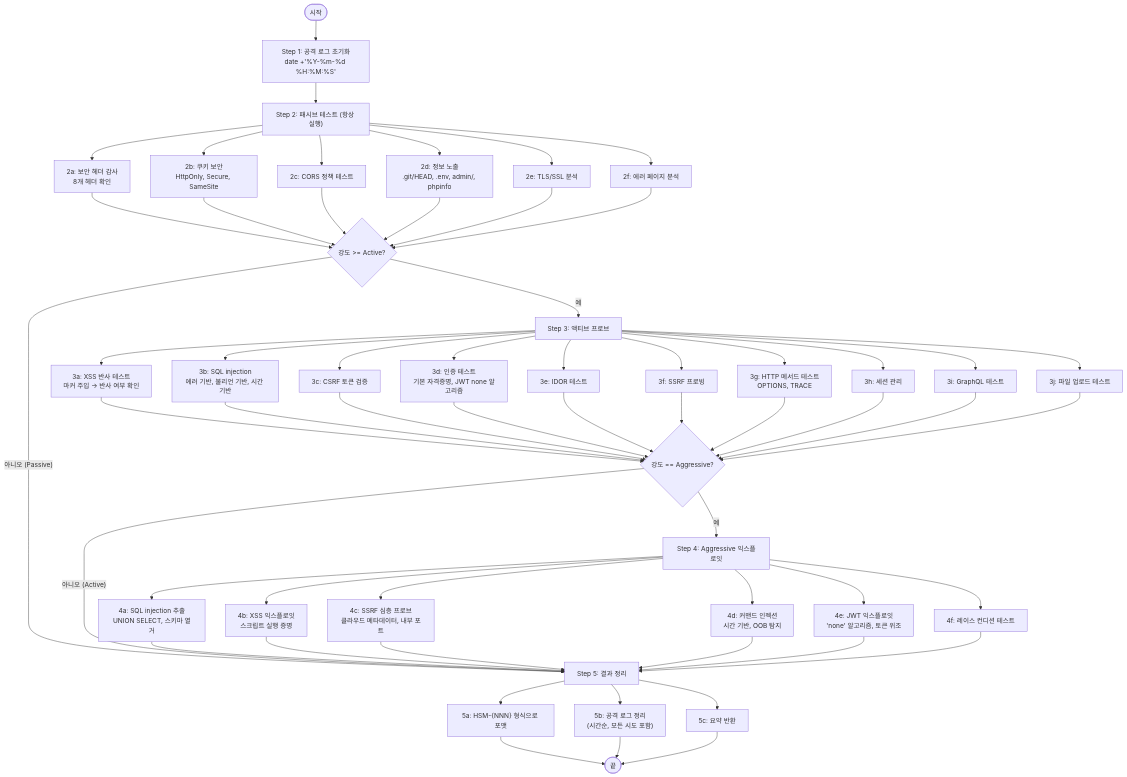
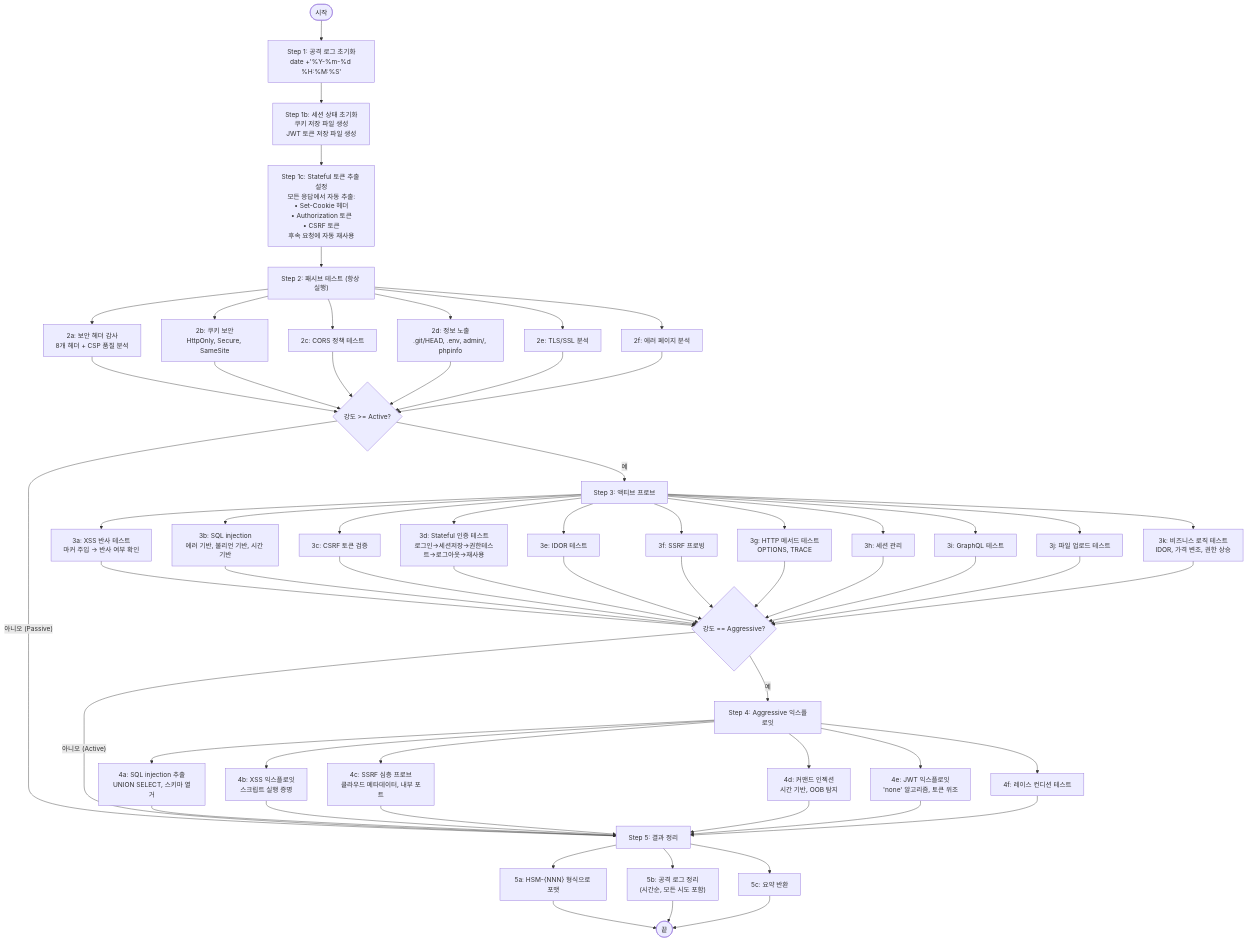
Before and after one commit to letsur-dev/vulcheck: the seventh of 8 diagrams in design/hacksimulator.md, drawn with Mermaid. The commit also changed other lines of this file and 14 other files, not shown here.

````diff
--- a/design/hacksimulator.md
+++ b/design/hacksimulator.md
@@ -256,70 +292,74 @@
 ```mermaid
 flowchart TD
     Start([시작]) --> InitLog["Step 1: 공격 로그 초기화<br>date +'%Y-%m-%d %H:%M:%S'"]
 
-    InitLog --> PassiveTests["Step 2: 패시브 테스트 (항상 실행)"]
+    InitLog --> SessionInit["Step 1b: 세션 상태 초기화<br>쿠키 저장 파일 생성<br>JWT 토큰 저장 파일 생성"]
+    SessionInit --> TokenExtract["Step 1c: Stateful 토큰 추출 설정<br>모든 응답에서 자동 추출:<br>• Set-Cookie 헤더<br>• Authorization 토큰<br>• CSRF 토큰<br>후속 요청에 자동 재사용"]
+    TokenExtract --> PassiveTests["Step 2: 패시브 테스트 (항상 실행)"]
 
-    PassiveTests --> PT1["2a: 보안 헤더 감사<br>8개 헤더 확인"]
+    PassiveTests --> PT1["2a: 보안 헤더 감사<br>8개 헤더 + CSP 품질 분석"]
     PassiveTests --> PT2["2b: 쿠키 보안<br>HttpOnly, Secure, SameSite"]
     PassiveTests --> PT3["2c: CORS 정책 테스트"]
     PassiveTests --> PT4["2d: 정보 노출<br>.git/HEAD, .env, admin/, phpinfo"]
     PassiveTests --> PT5["2e: TLS/SSL 분석"]
     PassiveTests --> PT6["2f: 에러 페이지 분석"]
 
     PT1 --> IntCheck1{"강도 >= Active?"}
     PT2 --> IntCheck1
     PT3 --> IntCheck1
     PT4 --> IntCheck1
     PT5 --> IntCheck1
     PT6 --> IntCheck1
 
     IntCheck1 -->|"아니오 (Passive)"| Compile["Step 5: 결과 정리"]
     IntCheck1 -->|예| ActiveTests["Step 3: 액티브 프로브"]
 
     ActiveTests --> AT1["3a: XSS 반사 테스트<br>마커 주입 → 반사 여부 확인"]
     ActiveTests --> AT2["3b: SQL injection<br>에러 기반, 불리언 기반, 시간 기반"]
     ActiveTests --> AT3["3c: CSRF 토큰 검증"]
-    ActiveTests --> AT4["3d: 인증 테스트<br>기본 자격증명, JWT none 알고리즘"]
+    ActiveTests --> AT4["3d: Stateful 인증 테스트<br>로그인→세션저장→권한테스트→로그아웃→재사용"]
     ActiveTests --> AT5["3e: IDOR 테스트"]
     ActiveTests --> AT6["3f: SSRF 프로빙"]
     ActiveTests --> AT7["3g: HTTP 메서드 테스트<br>OPTIONS, TRACE"]
     ActiveTests --> AT8["3h: 세션 관리"]
     ActiveTests --> AT9["3i: GraphQL 테스트"]
     ActiveTests --> AT10["3j: 파일 업로드 테스트"]
+    ActiveTests --> AT11["3k: 비즈니스 로직 테스트<br>IDOR, 가격 변조, 권한 상승"]
 
     AT1 --> IntCheck2{"강도 == Aggressive?"}
     AT2 --> IntCheck2
     AT3 --> IntCheck2
     AT4 --> IntCheck2
     AT5 --> IntCheck2
     AT6 --> IntCheck2
     AT7 --> IntCheck2
     AT8 --> IntCheck2
     AT9 --> IntCheck2
     AT10 --> IntCheck2
+    AT11 --> IntCheck2
 
     IntCheck2 -->|"아니오 (Active)"| Compile
     IntCheck2 -->|예| AggressiveTests["Step 4: Aggressive 익스플로잇"]
 
     AggressiveTests --> EX1["4a: SQL injection 추출<br>UNION SELECT, 스키마 열거"]
     AggressiveTests --> EX2["4b: XSS 익스플로잇<br>스크립트 실행 증명"]
     AggressiveTests --> EX3["4c: SSRF 심층 프로브<br>클라우드 메타데이터, 내부 포트"]
     AggressiveTests --> EX4["4d: 커맨드 인젝션<br>시간 기반, OOB 탐지"]
     AggressiveTests --> EX5["4e: JWT 익스플로잇<br>'none' 알고리즘, 토큰 위조"]
     AggressiveTests --> EX6["4f: 레이스 컨디션 테스트"]
 
     EX1 --> Compile
     EX2 --> Compile
     EX3 --> Compile
     EX4 --> Compile
     EX5 --> Compile
     EX6 --> Compile
 
     Compile --> Findings["5a: HSM-{NNN} 형식으로 포맷"]
     Compile --> Log["5b: 공격 로그 정리<br>(시간순, 모든 시도 포함)"]
     Compile --> Summary["5c: 요약 반환"]
 
     Findings --> End([끝])
     Log --> End
     Summary --> End
 ```
````
